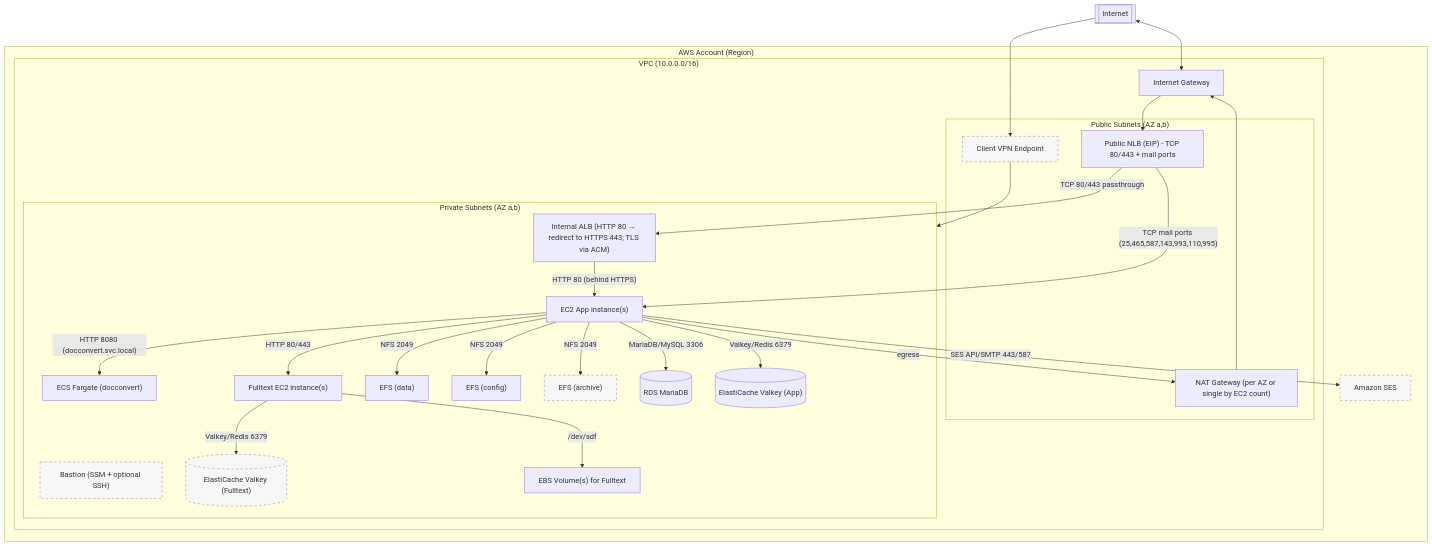
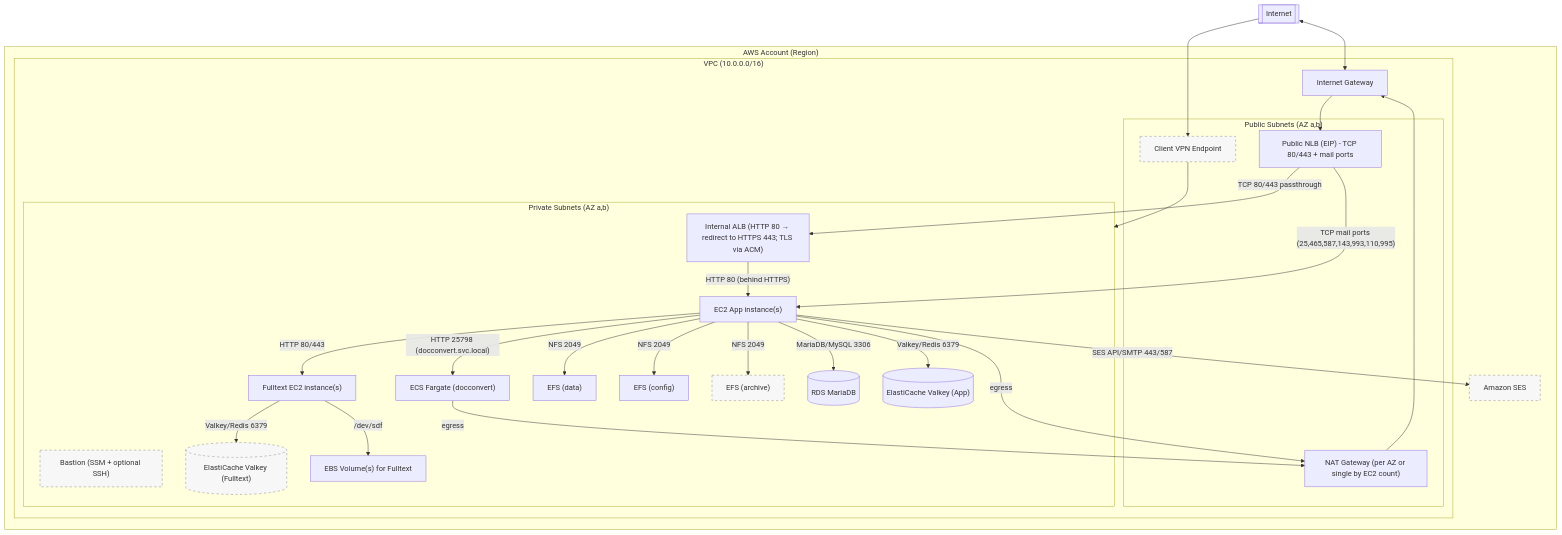
One commit to spetr/iw-terraform changed the diagram in ARCHITECTURE.md. Above: the diagram before and after it, drawn with Mermaid. The commit also changed other lines of this file and 5 other files, not shown here.

````diff
--- a/ARCHITECTURE.md
+++ b/ARCHITECTURE.md
@@ -5,72 +5,72 @@
 ```mermaid
 flowchart TD
   Internet[[Internet]]
 
   subgraph AWS["AWS Account (Region)"]
   subgraph VPC["VPC (10.0.0.0/16)"]
       IGW["Internet Gateway"]
 
       subgraph Public["Public Subnets (AZ a,b)"]
         NLB["Public NLB (EIP) - TCP 80/443 + mail ports"]
         NAT["NAT Gateway (per AZ or single by EC2 count)"]
         CVPN["Client VPN Endpoint"]
       end
 
       subgraph Private["Private Subnets (AZ a,b)"]
         ALB["Internal ALB (HTTP 80 → redirect to HTTPS 443; TLS via ACM)"]
         EC2["EC2 App instance(s)"]
         ECS["ECS Fargate (docconvert)"]
         FT["Fulltext EC2 instance(s)"]
         Bastion["Bastion (SSM + optional SSH)"]
         EFS1["EFS (data)"]
         EFS2["EFS (config)"]
         EFS3["EFS (archive)"]
         RDS[("RDS MariaDB")]
         ValkeyApp[("ElastiCache Valkey (App)")]
         ValkeyFT[("ElastiCache Valkey (Fulltext)")]
         EBSFT["EBS Volume(s) for Fulltext"]
       end
     end
     SES["Amazon SES"]
   end
 
   Internet <--> IGW
 
   %% Inbound from Internet
   IGW --> NLB
   NLB -->|"TCP 80/443 passthrough"| ALB
   NLB -->|"TCP mail ports (25,465,587,143,993,110,995)"| EC2
 
   %% Load balancer to EC2
   ALB -->|"HTTP 80 (behind HTTPS)"| EC2
 
   %% EC2 app calls private ECS service via Cloud Map
-  EC2 -->|"HTTP 8080 (docconvert.svc.local)"| ECS
+  EC2 -->|"HTTP 25798 (docconvert.svc.local)"| ECS
 
   %% East-west inside VPC
   EC2 -- "NFS 2049" --> EFS1
   EC2 -- "NFS 2049" --> EFS2
   EC2 -- "NFS 2049" --> EFS3
   EC2 -->|"MariaDB/MySQL 3306"| RDS
   EC2 -->|"Valkey/Redis 6379"| ValkeyApp
   FT  -->|"Valkey/Redis 6379"| ValkeyFT
   EC2 -->|"HTTP 80/443"| FT
 
   %% App to SES (API/SMTP) – via NAT egress
   EC2 -->|"SES API/SMTP 443/587"| SES
 
   %% Egress
   EC2 -->|egress| NAT --> IGW
-  %% ECS docconvert has no Internet egress (SG restricted). For pulls/logs, use VPC Interface Endpoints (optional).
+  ECS -->|egress| NAT
 
   %% Fulltext storage attachment
   FT -- "/dev/sdf" --> EBSFT
 
   %% VPN access into VPC
   Internet --> CVPN
   CVPN --> Private
 
   %% Styling for optional components
   classDef optional fill:#f7f7f7,stroke:#888,stroke-width:1px,stroke-dasharray: 5 5,color:#333
   class EFS3,ValkeyFT,SES,CVPN,Bastion optional
 ```
````
